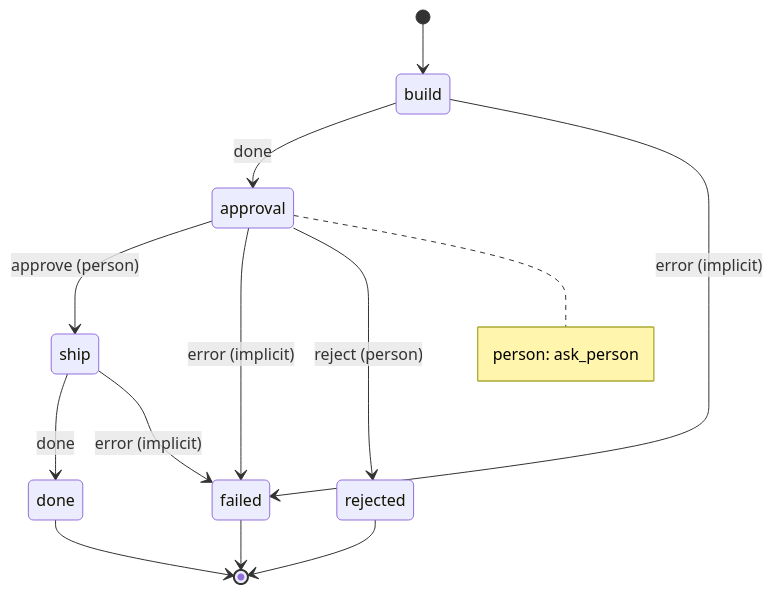
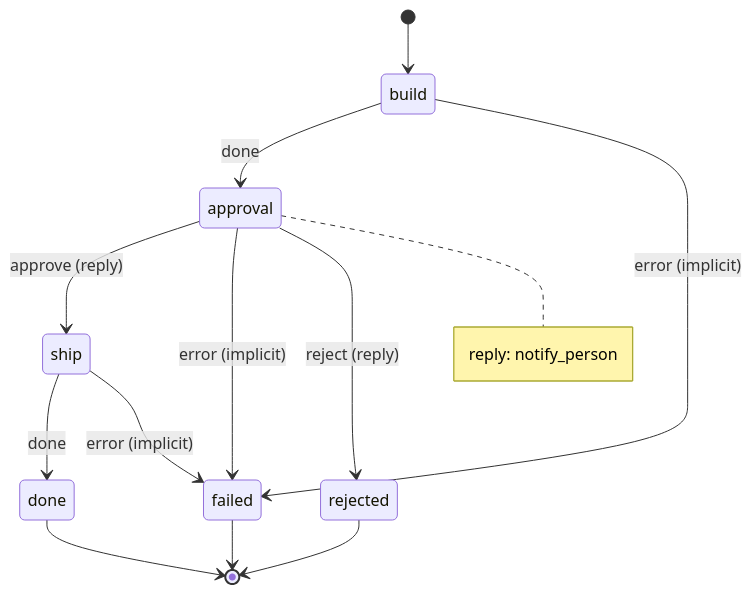
One commit to jtmckay/decree changed the first of 2 diagrams in docs/reference/graph.md. Above: the diagram before and after it, drawn with Mermaid. The commit also changed other lines of this file and 68 other files, not shown here.

First line of the commit message:
A11b: The `person` invoke is `reply`, and its `ask` script is `notify` (A11b-person-is-reply.md)

````diff
--- a/docs/reference/graph.md
+++ b/docs/reference/graph.md
@@ -54,17 +54,17 @@
 ```mermaid
 stateDiagram-v2
     [*] --> build
-    approval --> ship: approve (person)
+    approval --> ship: approve (reply)
     approval --> failed: error (implicit)
-    approval --> rejected: reject (person)
+    approval --> rejected: reject (reply)
     build --> approval: done
     build --> failed: error (implicit)
     ship --> done: done
     ship --> failed: error (implicit)
     done --> [*]
     failed --> [*]
     rejected --> [*]
     note right of approval
-        person: ask_person
+        reply: notify_person
     end note
 ```
````
